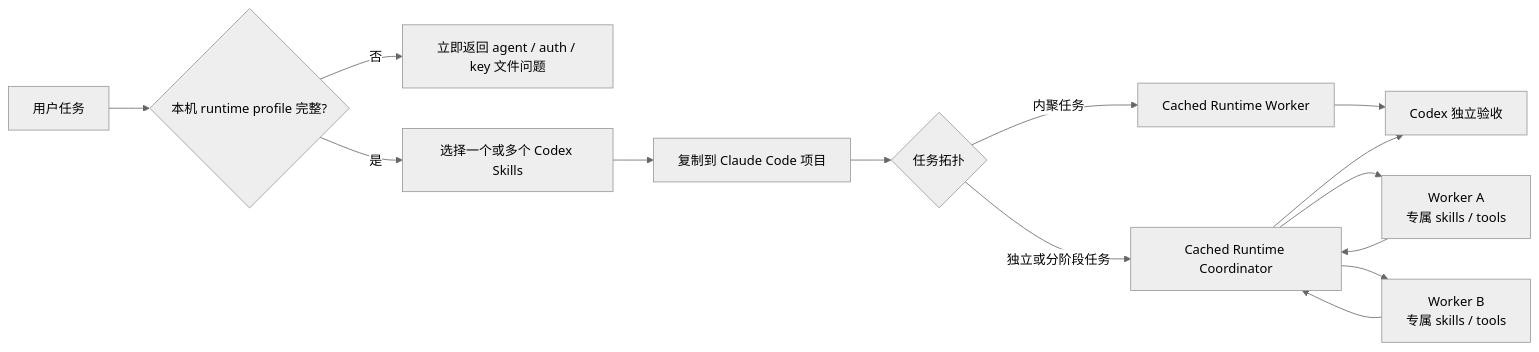
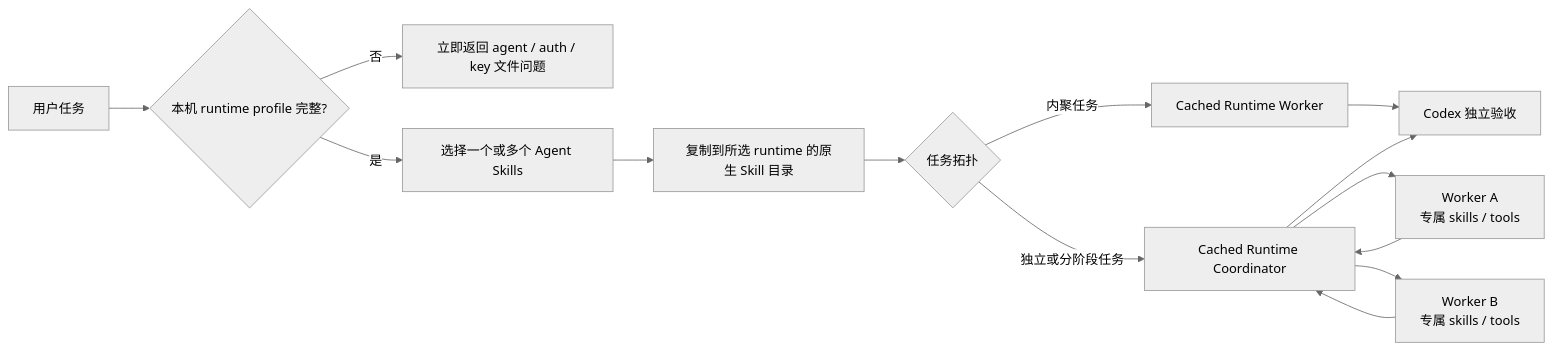
The second of 4 diagrams in skills/WORKFLOWS.md (qiulinfan/qiulinfan.github.io), drawn with Mermaid (neutral theme) before and after one commit. The commit also changed other lines of this file and 80 other files, not shown here.

````diff
--- a/skills/WORKFLOWS.md
+++ b/skills/WORKFLOWS.md
@@ -26,16 +26,16 @@
 ```mermaid
 flowchart LR
     Req["用户任务"] --> Profile{"本机 runtime profile 完整?"}
     Profile -->|否| Ask["立即返回 agent / auth / key 文件问题"]
-    Profile -->|是| Pick["选择一个或多个 Codex Skills"]
-    Pick --> Stage["复制到 Claude Code 项目"]
+    Profile -->|是| Pick["选择一个或多个 Agent Skills"]
+    Pick --> Stage["复制到所选 runtime 的原生 Skill 目录"]
     Stage --> Shape{"任务拓扑"}
     Shape -->|内聚任务| One["Cached Runtime Worker"]
     Shape -->|独立或分阶段任务| Lead["Cached Runtime Coordinator"]
     Lead --> A["Worker A<br/>专属 skills / tools"]
     Lead --> B["Worker B<br/>专属 skills / tools"]
     One --> Check["Codex 独立验收"]
     A --> Lead
     B --> Lead
     Lead --> Check
 ```
````
